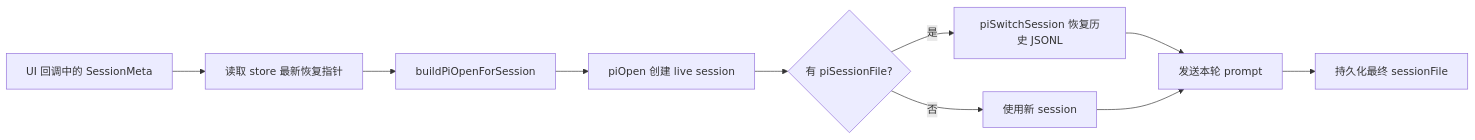
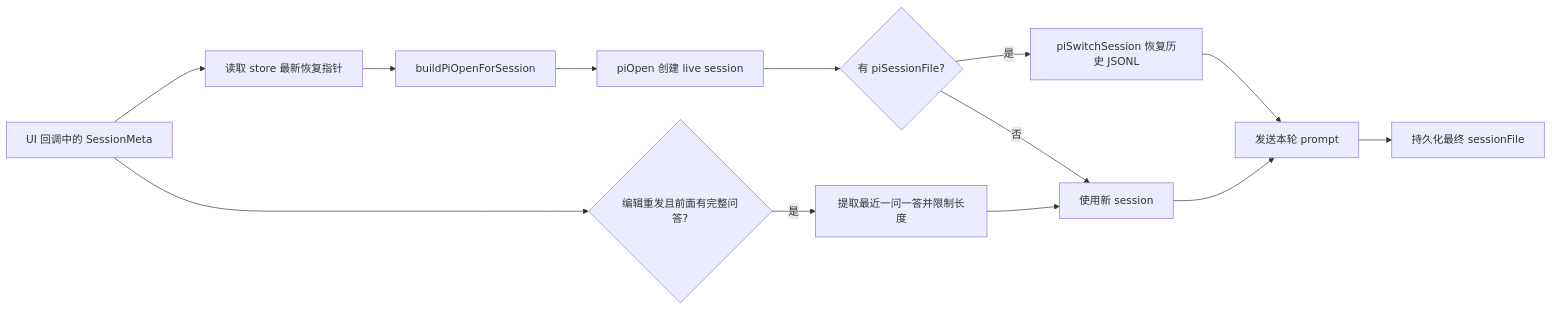
One commit to rambocode/cortex-work changed the diagram in docs/pi-session-resume.md. Above: the diagram before and after it, drawn with Mermaid. The commit also changed other lines of this file and 3 other files, not shown here.

````diff
--- a/docs/pi-session-resume.md
+++ b/docs/pi-session-resume.md
@@ -25,12 +26,15 @@
 ```mermaid
 flowchart LR
   A[UI 回调中的 SessionMeta] --> B[读取 store 最新恢复指针]
   B --> C[buildPiOpenForSession]
   C --> D[piOpen 创建 live session]
   D --> E{有 piSessionFile?}
   E -->|是| F[piSwitchSession 恢复历史 JSONL]
   E -->|否| G[使用新 session]
   F --> H[发送本轮 prompt]
   G --> H
   H --> I[持久化最终 sessionFile]
+  A --> J{编辑重发且前面有完整问答?}
+  J -->|是| K[提取最近一问一答并限制长度]
+  K --> G
 ```
````
